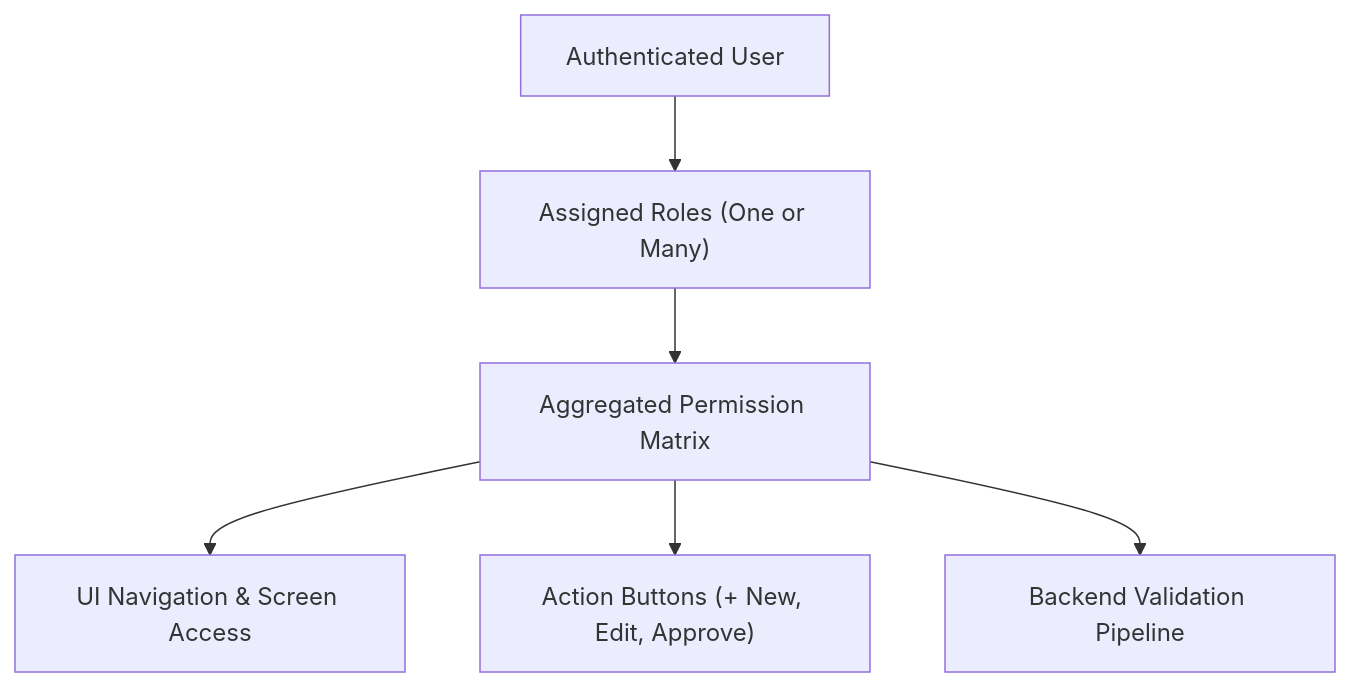
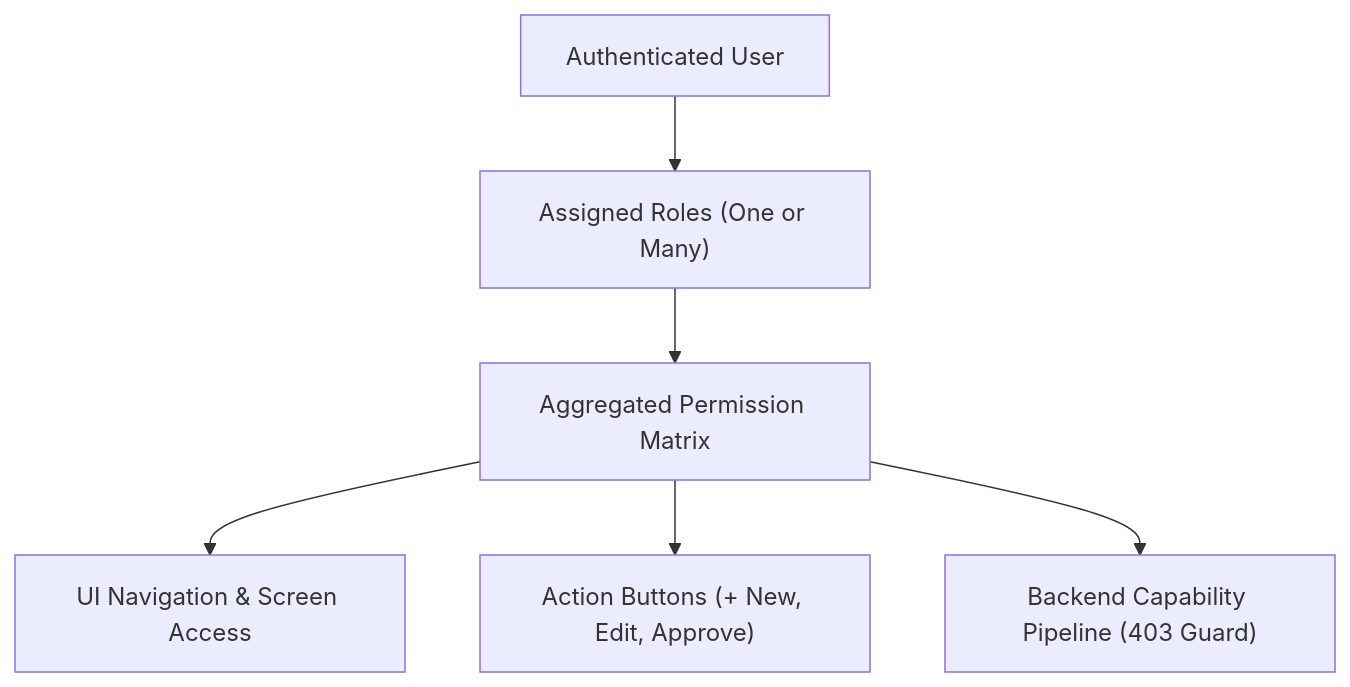
Before and after one commit to tenarm/docs: the diagram in admin-guides/roles-and-permissions.md, drawn with Mermaid. The commit also changed other lines of this file and 49 other files, not shown here.

````diff
--- a/admin-guides/roles-and-permissions.md
+++ b/admin-guides/roles-and-permissions.md
@@ -10,8 +10,8 @@
 ```mermaid
 graph TD
     User["Authenticated User"] --> RoleAssign["Assigned Roles (One or Many)"]
     RoleAssign --> PermCatalog["Aggregated Permission Matrix"]
     PermCatalog --> ScreenAccess["UI Navigation & Screen Access"]
     PermCatalog --> ActionButtons["Action Buttons (+ New, Edit, Approve)"]
-    PermCatalog --> APIPipeline["Backend Validation Pipeline"]
+    PermCatalog --> APIPipeline["Backend Capability Pipeline (403 Guard)"]
 ```
````
